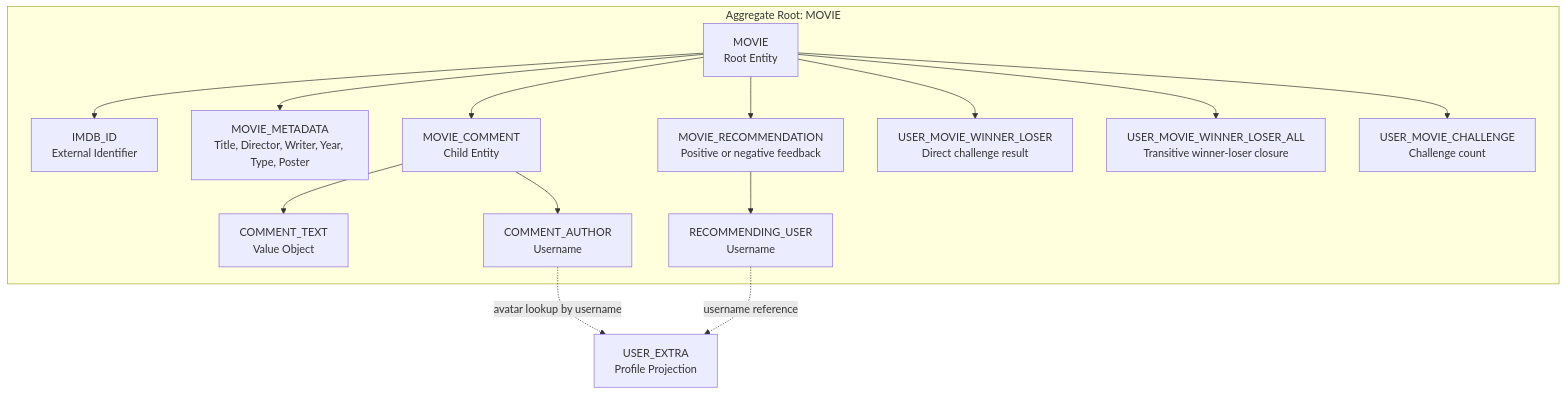
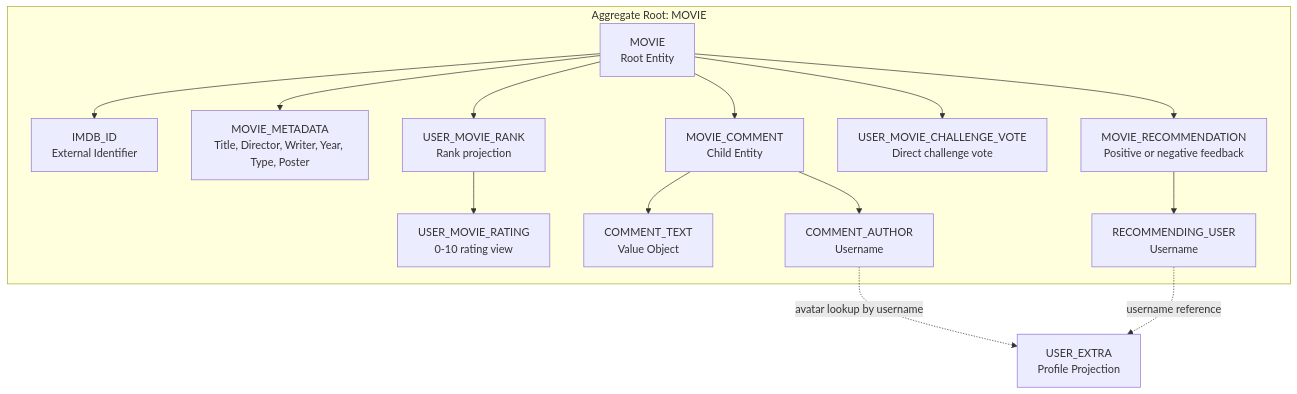
One commit to skyglass/movie-stream-workshop changed the first of 2 diagrams in docs/specs/movie-catalog/entity_model.md. Above: the diagram before and after it, drawn with Mermaid. The commit also changed other lines of this file and 47 other files, not shown here.

````diff
--- a/docs/specs/movie-catalog/entity_model.md
+++ b/docs/specs/movie-catalog/entity_model.md
@@ -14,31 +14,31 @@
 ```mermaid
 flowchart TB
     subgraph movie_aggregate["Aggregate Root: MOVIE"]
         MOVIE["MOVIE\nRoot Entity"]
         IMDB_ID["IMDB_ID\nExternal Identifier"]
         MOVIE_METADATA["MOVIE_METADATA\nTitle, Director, Writer, Year, Type, Poster"]
         MOVIE_COMMENT["MOVIE_COMMENT\nChild Entity"]
         MOVIE_RECOMMENDATION["MOVIE_RECOMMENDATION\nPositive or negative feedback"]
-        USER_MOVIE_WINNER_LOSER["USER_MOVIE_WINNER_LOSER\nDirect challenge result"]
-        USER_MOVIE_WINNER_LOSER_ALL["USER_MOVIE_WINNER_LOSER_ALL\nTransitive winner-loser closure"]
-        USER_MOVIE_CHALLENGE["USER_MOVIE_CHALLENGE\nChallenge count"]
+        USER_MOVIE_CHALLENGE_VOTE["USER_MOVIE_CHALLENGE_VOTE\nDirect challenge vote"]
+        USER_MOVIE_RANK["USER_MOVIE_RANK\nRank projection"]
+        USER_MOVIE_RATING["USER_MOVIE_RATING\n0-10 rating view"]
         COMMENT_TEXT["COMMENT_TEXT\nValue Object"]
         COMMENT_AUTHOR["COMMENT_AUTHOR\nUsername"]
         RECOMMENDING_USER["RECOMMENDING_USER\nUsername"]
     end
 
     USER_EXTRA["USER_EXTRA\nProfile Projection"]
 
     MOVIE --> IMDB_ID
     MOVIE --> MOVIE_METADATA
     MOVIE --> MOVIE_COMMENT
     MOVIE --> MOVIE_RECOMMENDATION
-    MOVIE --> USER_MOVIE_WINNER_LOSER
-    MOVIE --> USER_MOVIE_WINNER_LOSER_ALL
-    MOVIE --> USER_MOVIE_CHALLENGE
+    MOVIE --> USER_MOVIE_CHALLENGE_VOTE
+    MOVIE --> USER_MOVIE_RANK
+    USER_MOVIE_RANK --> USER_MOVIE_RATING
     MOVIE_COMMENT --> COMMENT_TEXT
     MOVIE_COMMENT --> COMMENT_AUTHOR
     MOVIE_RECOMMENDATION --> RECOMMENDING_USER
     COMMENT_AUTHOR -. "avatar lookup by username" .-> USER_EXTRA
     RECOMMENDING_USER -. "username reference" .-> USER_EXTRA
 ```
````
